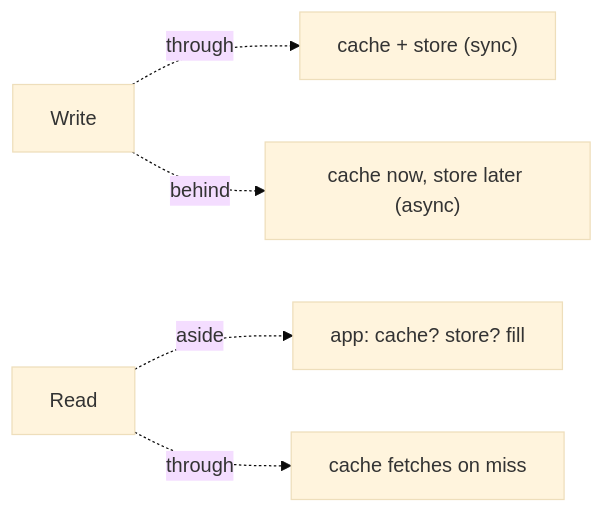
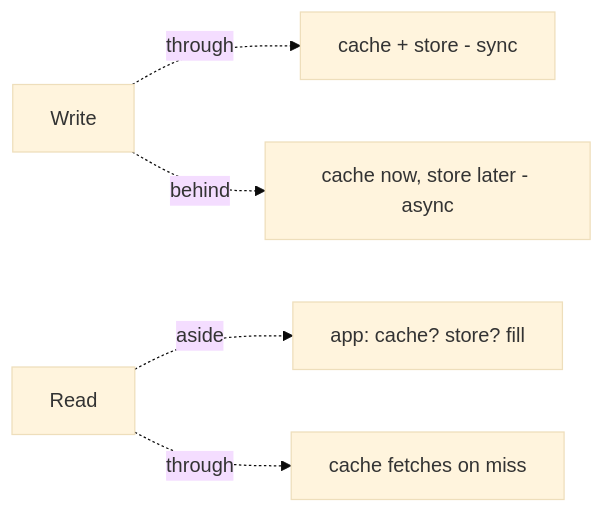
The first of 2 diagrams in docs/05-architecture-patterns/05-cache-strategies.md (RIT-MESH/system-design-mastery), drawn with Mermaid (base theme) before and after one commit. The commit also changed other lines of this file and 139 other files, not shown here.

First line of the commit message:
Fix Mermaid parse errors: replace parentheses in node labels across 140 files

````diff
--- a/docs/05-architecture-patterns/05-cache-strategies.md
+++ b/docs/05-architecture-patterns/05-cache-strategies.md
@@ -19,8 +19,8 @@
 ```mermaid
 %% created-for: system-design-mastery
 flowchart LR
-  W["Write"] -.through.-> Both["cache + store (sync)"]
-  W -.behind.-> Async["cache now, store later (async)"]
+  W["Write"] -.through.-> Both["cache + store - sync"]
+  W -.behind.-> Async["cache now, store later - async"]
   R["Read"] -.aside.-> App["app: cache? store? fill"]
   R -.through.-> Cache["cache fetches on miss"]
 ```
````
